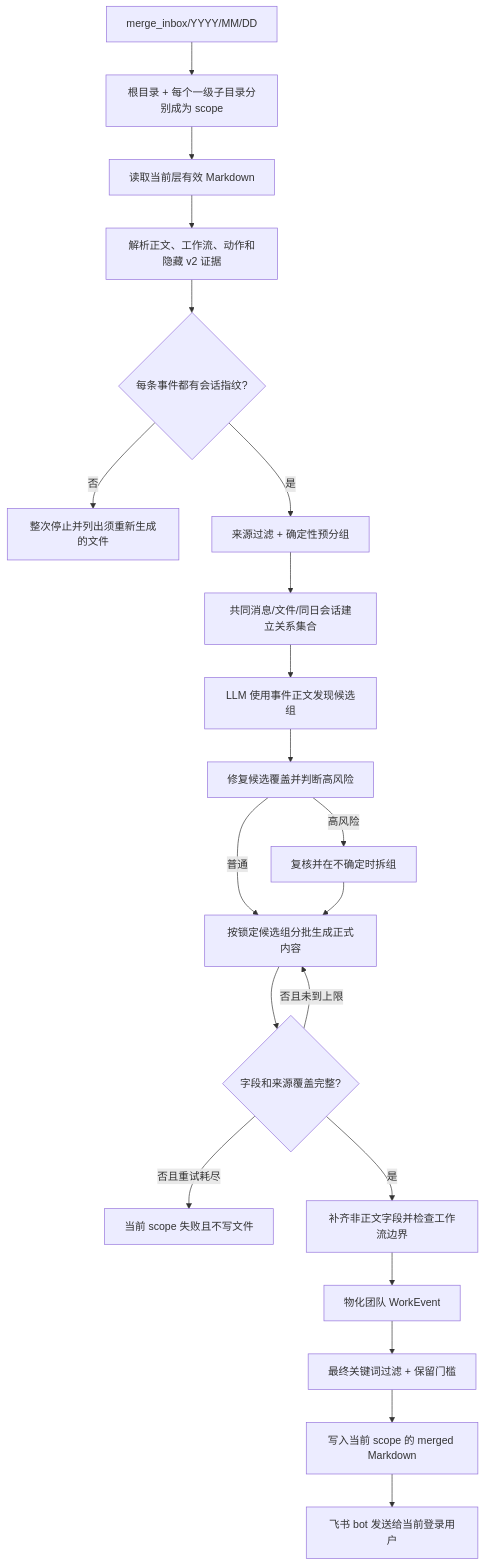
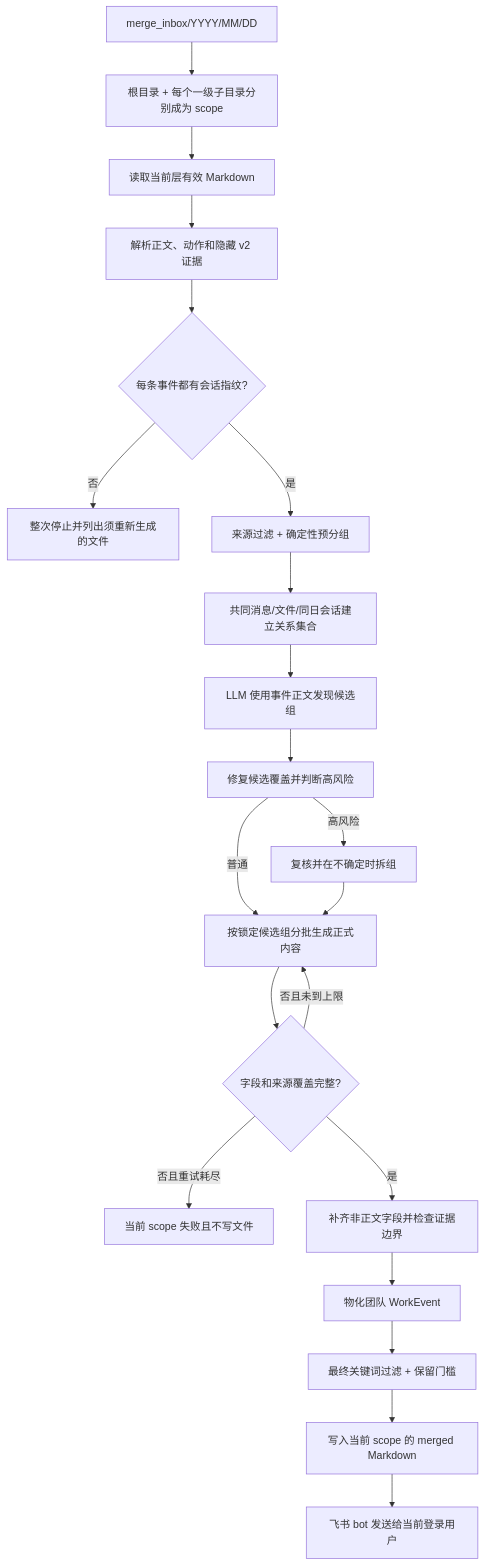
The third of 3 diagrams in README.md (sunweisheng/WorkTrace), drawn with Mermaid before and after one commit. The commit also changed other lines of this file and 70 other files, not shown here.

````diff
--- a/README.md
+++ b/README.md
@@ -211,23 +216,23 @@
 ```mermaid
 flowchart TD
     A["merge_inbox/YYYY/MM/DD"] --> B["根目录 + 每个一级子目录分别成为 scope"]
     B --> C["读取当前层有效 Markdown"]
-    C --> D["解析正文、工作流、动作和隐藏 v2 证据"]
+    C --> D["解析正文、动作和隐藏 v2 证据"]
     D --> E{"每条事件都有会话指纹?"}
     E -->|"否"| X["整次停止并列出须重新生成的文件"]
     E -->|"是"| F["来源过滤 + 确定性预分组"]
     F --> G["共同消息/文件/同日会话建立关系集合"]
     G --> H["LLM 使用事件正文发现候选组"]
     H --> R["修复候选覆盖并判断高风险"]
     R -->|"高风险"| V["复核并在不确定时拆组"]
     R -->|"普通"| I["按锁定候选组分批生成正式内容"]
     V --> I
     I --> J{"字段和来源覆盖完整?"}
     J -->|"否且未到上限"| I
     J -->|"否且重试耗尽"| Y["当前 scope 失败且不写文件"]
-    J -->|"是"| K["补齐非正文字段并检查工作流边界"]
+    J -->|"是"| K["补齐非正文字段并检查证据边界"]
     K --> L["物化团队 WorkEvent"]
     L --> M["最终关键词过滤 + 保留门槛"]
     M --> N["写入当前 scope 的 merged Markdown"]
     N --> O["飞书 bot 发送给当前登录用户"]
 ```
````
